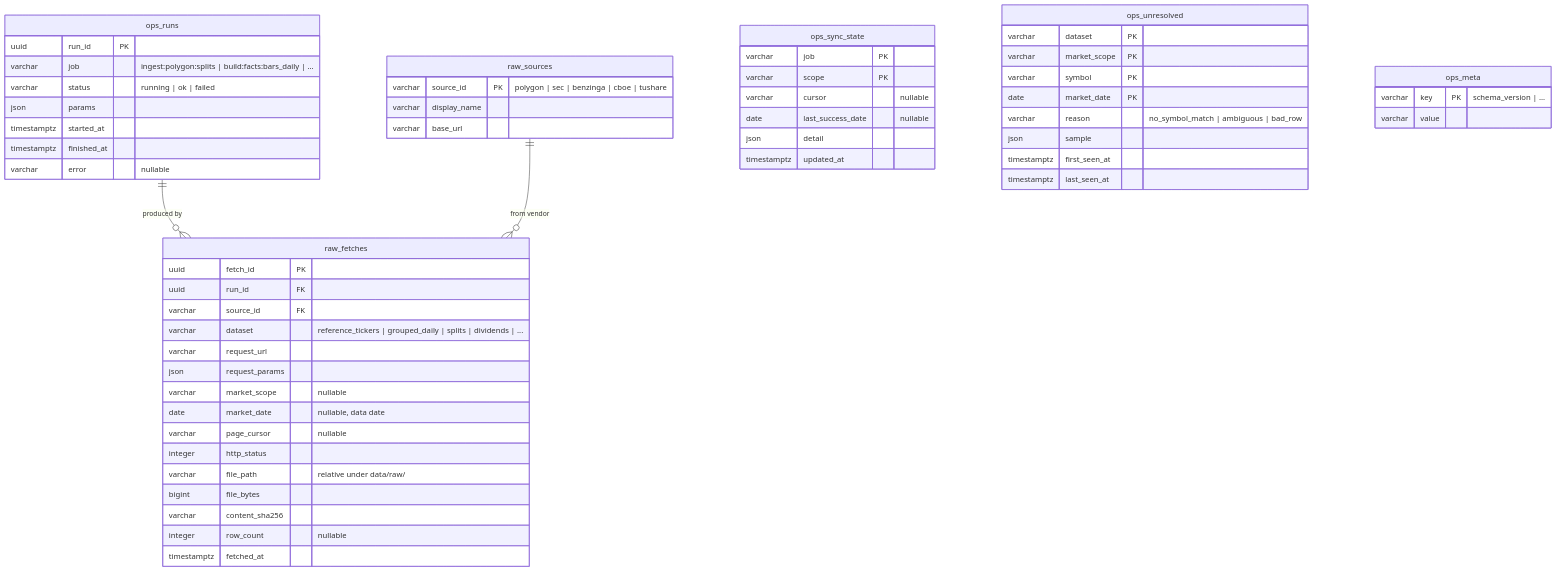
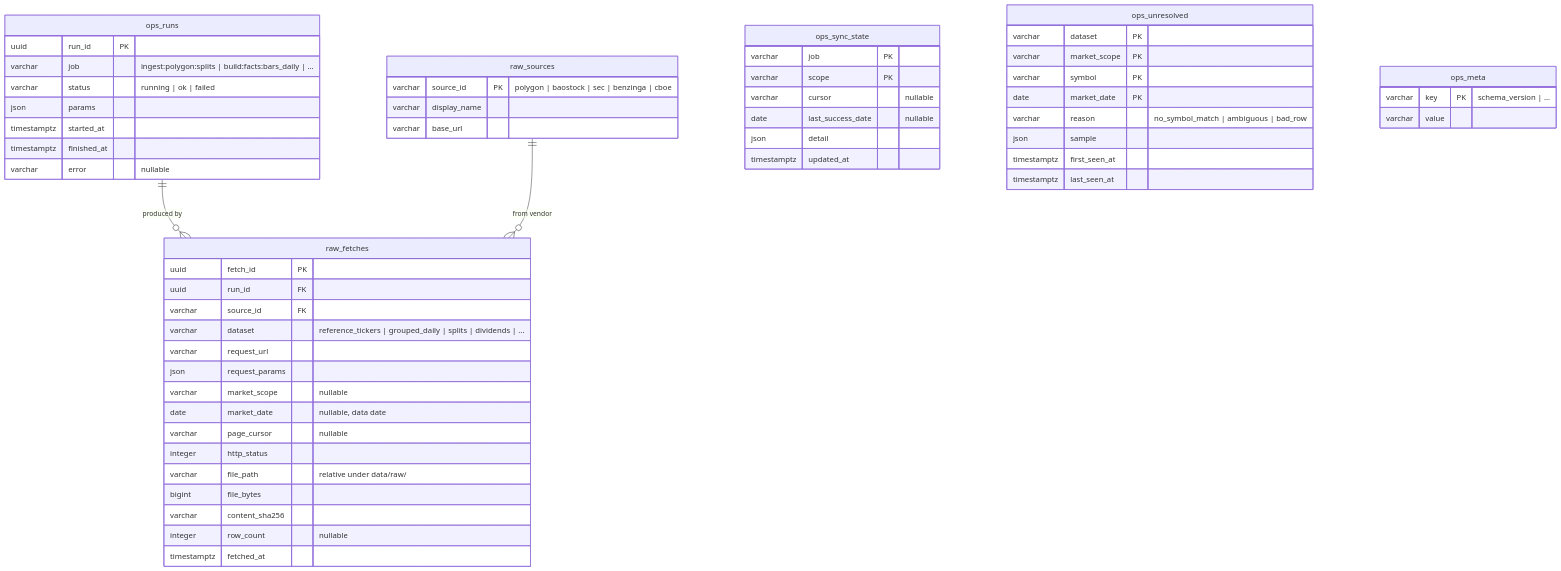
Before and after one commit to garysui/atm3: the second of 5 diagrams in docs/data-model.md, drawn with Mermaid. The commit also changed other lines of this file and 14 other files, not shown here.

````diff
--- a/docs/data-model.md
+++ b/docs/data-model.md
@@ -121,59 +121,59 @@
 ```mermaid
 erDiagram
   ops_runs ||--o{ raw_fetches : "produced by"
   raw_sources ||--o{ raw_fetches : "from vendor"
 
   raw_sources {
-    varchar source_id PK "polygon | sec | benzinga | cboe | tushare"
+    varchar source_id PK "polygon | baostock | sec | benzinga | cboe"
     varchar display_name
     varchar base_url
   }
   raw_fetches {
     uuid fetch_id PK
     uuid run_id FK
     varchar source_id FK
     varchar dataset "reference_tickers | grouped_daily | splits | dividends | ..."
     varchar request_url
     json request_params
     varchar market_scope "nullable"
     date market_date "nullable, data date"
     varchar page_cursor "nullable"
     integer http_status
     varchar file_path "relative under data/raw/"
     bigint file_bytes
     varchar content_sha256
     integer row_count "nullable"
     timestamptz fetched_at
   }
   ops_runs {
     uuid run_id PK
     varchar job "ingest:polygon:splits | build:facts:bars_daily | ..."
     varchar status "running | ok | failed"
     json params
     timestamptz started_at
     timestamptz finished_at
     varchar error "nullable"
   }
   ops_sync_state {
     varchar job PK
     varchar scope PK
     varchar cursor "nullable"
     date last_success_date "nullable"
     json detail
     timestamptz updated_at
   }
   ops_unresolved {
     varchar dataset PK
     varchar market_scope PK
     varchar symbol PK
     date market_date PK
     varchar reason "no_symbol_match | ambiguous | bad_row"
     json sample
     timestamptz first_seen_at
     timestamptz last_seen_at
   }
   ops_meta {
     varchar key PK "schema_version | ..."
     varchar value
   }
 ```
````
